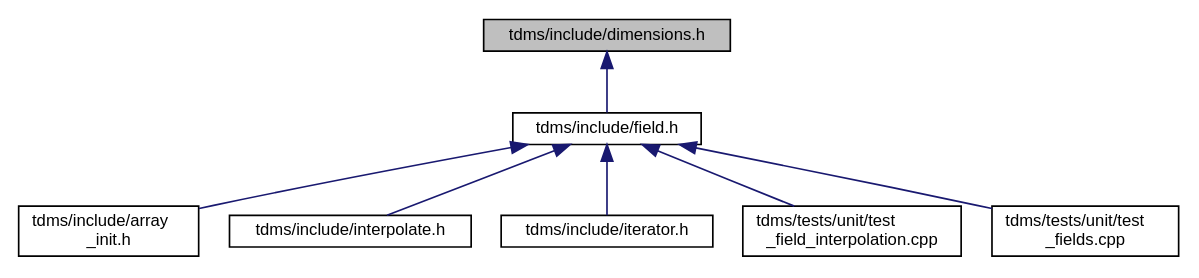
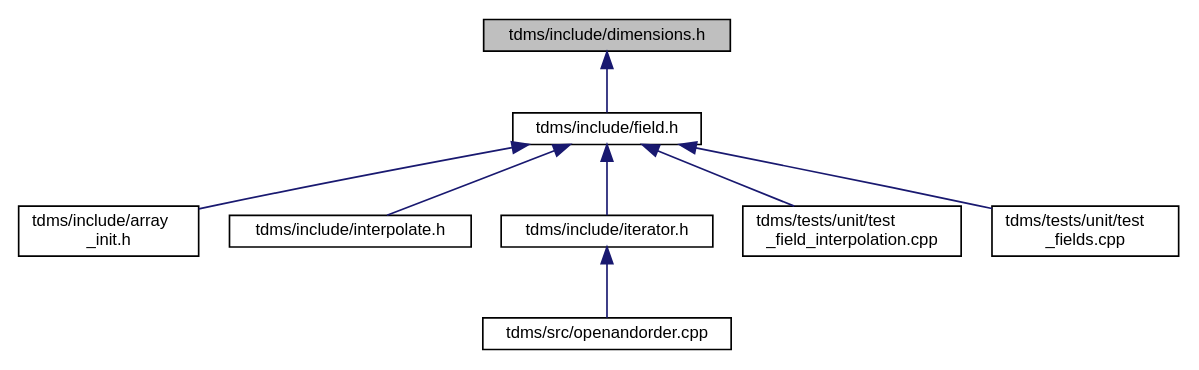
One commit to UCL/TDMS changed the diagram in dimensions_8h__dep__incl.dot. Above: the diagram before and after it, drawn with Graphviz. The commit also changed 104 other files, not shown here.

```diff
--- a/dimensions_8h__dep__incl.dot
+++ b/dimensions_8h__dep__incl.dot
@@ -1,19 +1,21 @@
 digraph "tdms/include/dimensions.h"
 {
  // LATEX_PDF_SIZE
   edge [fontname="Helvetica",fontsize="10",labelfontname="Helvetica",labelfontsize="10"];
   node [fontname="Helvetica",fontsize="10",shape=record];
   Node1 [label="tdms/include/dimensions.h",height=0.2,width=0.4,color="black", fillcolor="grey75", style="filled", fontcolor="black",tooltip=" "];
   Node1 -> Node2 [dir="back",color="midnightblue",fontsize="10",style="solid",fontname="Helvetica"];
   Node2 [label="tdms/include/field.h",height=0.2,width=0.4,color="black", fillcolor="white", style="filled",URL="$field_8h.html",tooltip="Classes for the electric and magnetic (split) fields on a grid."];
   Node2 -> Node3 [dir="back",color="midnightblue",fontsize="10",style="solid",fontname="Helvetica"];
   Node3 [label="tdms/include/array\l_init.h",height=0.2,width=0.4,color="black", fillcolor="white", style="filled",URL="$array__init_8h.html",tooltip="A collection of functions for array initialisation given MATLAB pointers."];
   Node2 -> Node4 [dir="back",color="midnightblue",fontsize="10",style="solid",fontname="Helvetica"];
   Node4 [label="tdms/include/interpolate.h",height=0.2,width=0.4,color="black", fillcolor="white", style="filled",URL="$interpolate_8h.html",tooltip="Interpolation of field values within FDTD grid."];
   Node2 -> Node5 [dir="back",color="midnightblue",fontsize="10",style="solid",fontname="Helvetica"];
   Node5 [label="tdms/include/iterator.h",height=0.2,width=0.4,color="black", fillcolor="white", style="filled",URL="$iterator_8h.html",tooltip="The main time propogation algorithm."];
-  Node2 -> Node6 [dir="back",color="midnightblue",fontsize="10",style="solid",fontname="Helvetica"];
-  Node6 [label="tdms/tests/unit/test\l_field_interpolation.cpp",height=0.2,width=0.4,color="black", fillcolor="white", style="filled",URL="$test__field__interpolation_8cpp.html",tooltip="Tests interpolation of E- and H-fields and compares the errors against MATLAB benchmarks."];
+  Node5 -> Node6 [dir="back",color="midnightblue",fontsize="10",style="solid",fontname="Helvetica"];
+  Node6 [label="tdms/src/openandorder.cpp",height=0.2,width=0.4,color="black", fillcolor="white", style="filled",URL="$openandorder_8cpp.html",tooltip="Launch and file IO."];
   Node2 -> Node7 [dir="back",color="midnightblue",fontsize="10",style="solid",fontname="Helvetica"];
-  Node7 [label="tdms/tests/unit/test\l_fields.cpp",height=0.2,width=0.4,color="black", fillcolor="white", style="filled",URL="$test__fields_8cpp.html",tooltip="Test of the Field class and subclasses."];
+  Node7 [label="tdms/tests/unit/test\l_field_interpolation.cpp",height=0.2,width=0.4,color="black", fillcolor="white", style="filled",URL="$test__field__interpolation_8cpp.html",tooltip="Tests interpolation of E- and H-fields and compares the errors against MATLAB benchmarks."];
+  Node2 -> Node8 [dir="back",color="midnightblue",fontsize="10",style="solid",fontname="Helvetica"];
+  Node8 [label="tdms/tests/unit/test\l_fields.cpp",height=0.2,width=0.4,color="black", fillcolor="white", style="filled",URL="$test__fields_8cpp.html",tooltip="Test of the Field class and subclasses."];
 }
```
